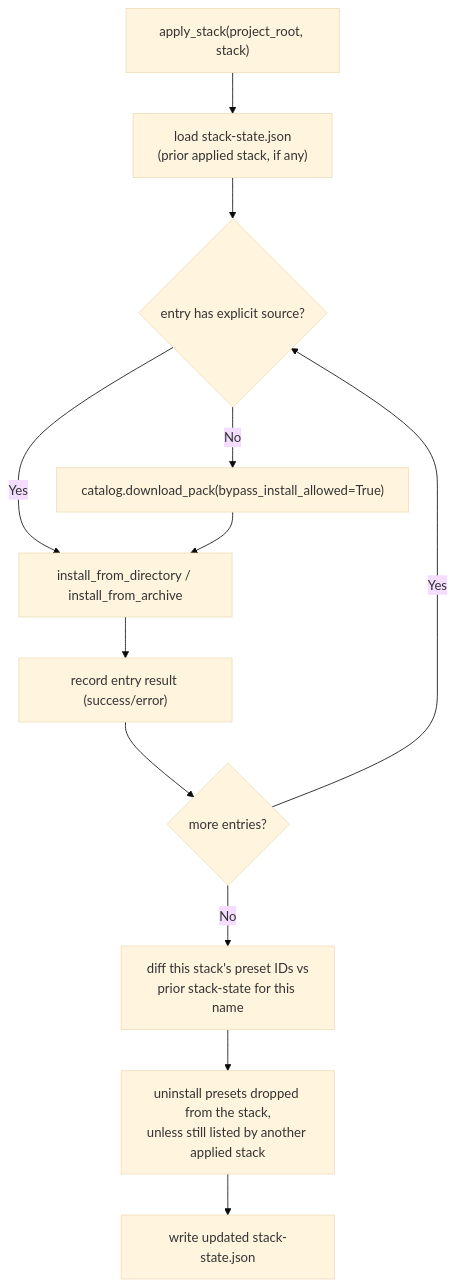
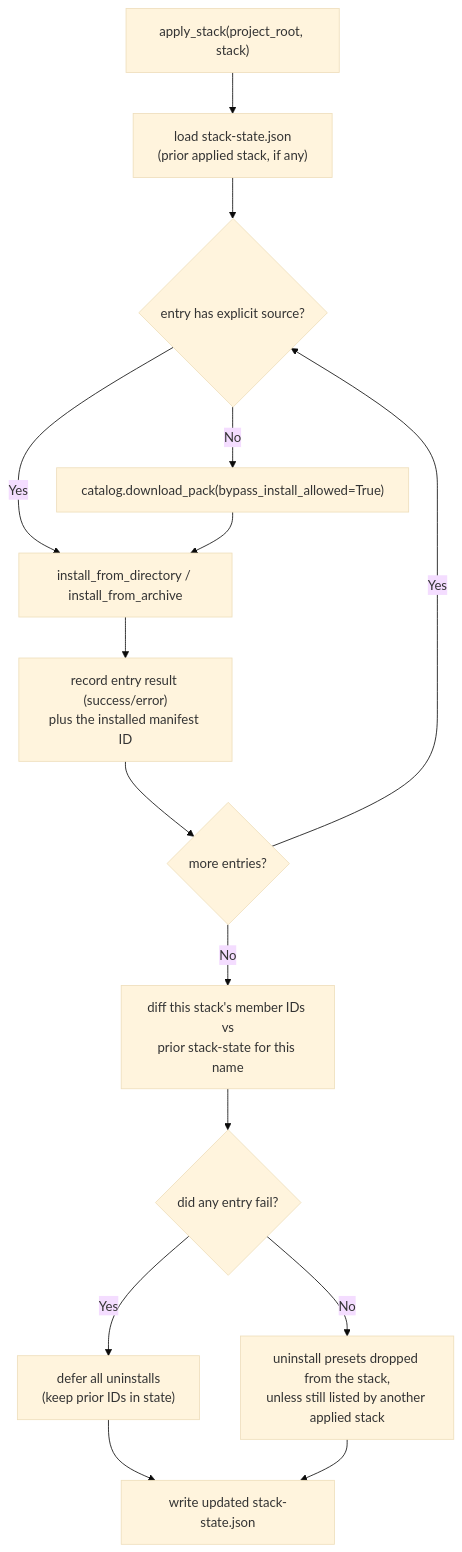
The fourth of 4 diagrams in presets/ARCHITECTURE.md (github/spec-kit), drawn with Mermaid (base theme) before and after one commit. The commit also changed other lines of this file and 1 other file, not shown here.

First line of the commit message:
docs(presets): correct stack docs to match the implementation

````diff
--- a/presets/ARCHITECTURE.md
+++ b/presets/ARCHITECTURE.md
@@ -154,14 +157,17 @@
 ```mermaid
 flowchart TD
     A["apply_stack(project_root, stack)"] --> B["load stack-state.json\n(prior applied stack, if any)"]
     B --> C{"entry has explicit source?"}
     C -- Yes --> D["install_from_directory / install_from_archive"]
     C -- No --> E["catalog.download_pack(bypass_install_allowed=True)"]
     E --> D
-    D --> F["record entry result (success/error)"]
+    D --> F["record entry result (success/error)\nplus the installed manifest ID"]
     F --> G{"more entries?"}
     G -- Yes --> C
-    G -- No --> H["diff this stack's preset IDs vs\nprior stack-state for this name"]
-    H --> I["uninstall presets dropped from the stack,\nunless still listed by another applied stack"]
-    I --> J["write updated stack-state.json"]
+    G -- No --> H["diff this stack's member IDs vs\nprior stack-state for this name"]
+    H --> K{"did any entry fail?"}
+    K -- Yes --> L["defer all uninstalls\n(keep prior IDs in state)"]
+    K -- No --> I["uninstall presets dropped from the stack,\nunless still listed by another applied stack"]
+    L --> J["write updated stack-state.json"]
+    I --> J
 ```
````
